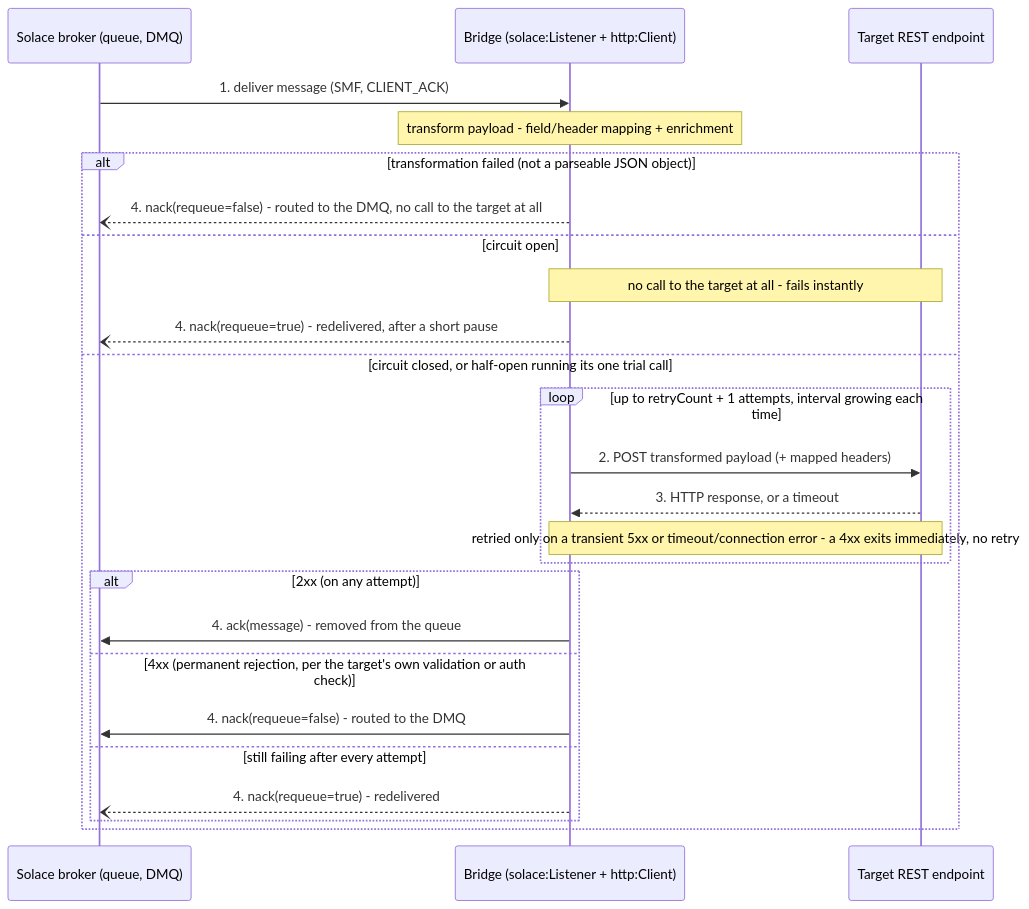
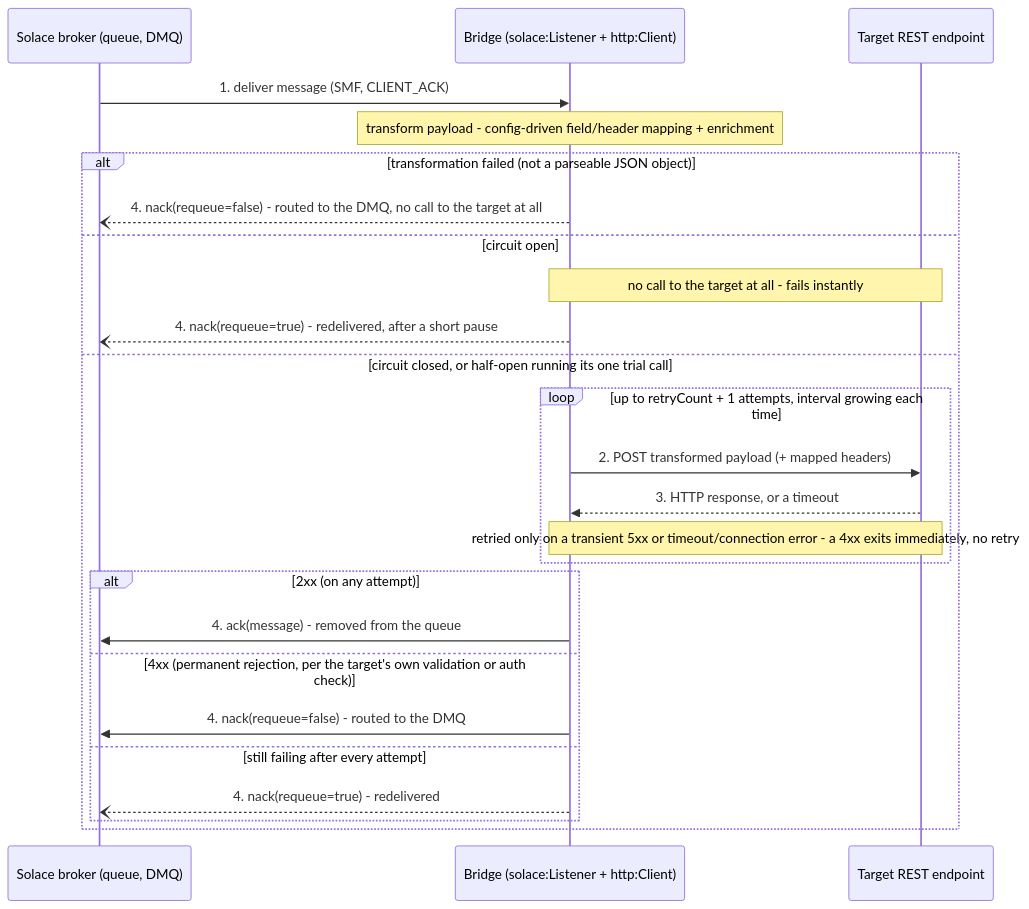
The third of 3 diagrams in docs/architecture.md (seyyatech/solace-rdp-bridge), drawn with Mermaid before and after one commit. The commit also changed other lines of this file and 37 other files, not shown here.

````diff
--- a/docs/architecture.md
+++ b/docs/architecture.md
@@ -67,28 +67,28 @@
 ```mermaid
 sequenceDiagram
     participant Q as Solace broker (queue, DMQ)
     participant B as Bridge (solace:Listener + http:Client)
     participant T as Target REST endpoint
 
     Q->>B: 1. deliver message (SMF, CLIENT_ACK)
-    Note over B: transform payload - field/header mapping + enrichment
+    Note over B: transform payload - config-driven field/header mapping + enrichment
     alt transformation failed (not a parseable JSON object)
         B--)Q: 4. nack(requeue=false) - routed to the DMQ, no call to the target at all
     else circuit open
         Note over B,T: no call to the target at all - fails instantly
         B--)Q: 4. nack(requeue=true) - redelivered, after a short pause
     else circuit closed, or half-open running its one trial call
         loop up to retryCount + 1 attempts, interval growing each time
             B->>T: 2. POST transformed payload (+ mapped headers)
             T-->>B: 3. HTTP response, or a timeout
             Note over B,T: retried only on a transient 5xx or timeout/connection error - a 4xx exits immediately, no retry
         end
         alt 2xx (on any attempt)
             B->>Q: 4. ack(message) - removed from the queue
         else 4xx (permanent rejection, per the target's own validation or auth check)
             B->>Q: 4. nack(requeue=false) - routed to the DMQ
         else still failing after every attempt
             B--)Q: 4. nack(requeue=true) - redelivered
         end
     end
 ```
````
